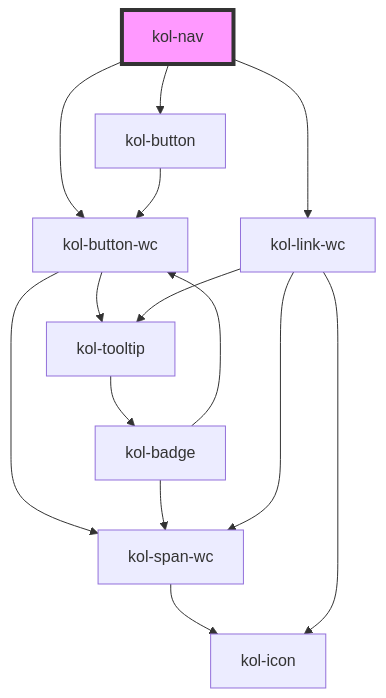
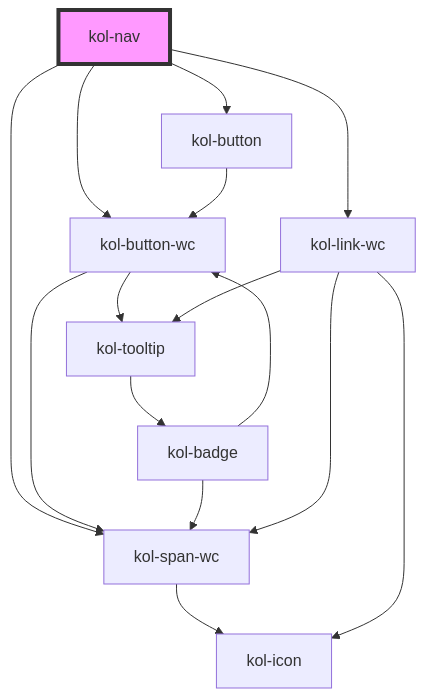
One commit to public-ui/kolibri changed the diagram in packages/components/src/components/nav/readme.md. Above: the diagram before and after it, drawn with Mermaid. The commit also changed other lines of this file and 73 other files, not shown here.

````diff
--- a/packages/components/src/components/nav/readme.md
+++ b/packages/components/src/components/nav/readme.md
@@ -124,17 +125,18 @@
 ```mermaid
 graph TD;
   kol-nav --> kol-button-wc
+  kol-nav --> kol-span-wc
   kol-nav --> kol-link-wc
   kol-nav --> kol-button
   kol-button-wc --> kol-span-wc
   kol-button-wc --> kol-tooltip
   kol-span-wc --> kol-icon
   kol-tooltip --> kol-badge
   kol-badge --> kol-span-wc
   kol-badge --> kol-button-wc
   kol-link-wc --> kol-span-wc
   kol-link-wc --> kol-icon
   kol-link-wc --> kol-tooltip
   kol-button --> kol-button-wc
   style kol-nav fill:#f9f,stroke:#333,stroke-width:4px
 ```
````
